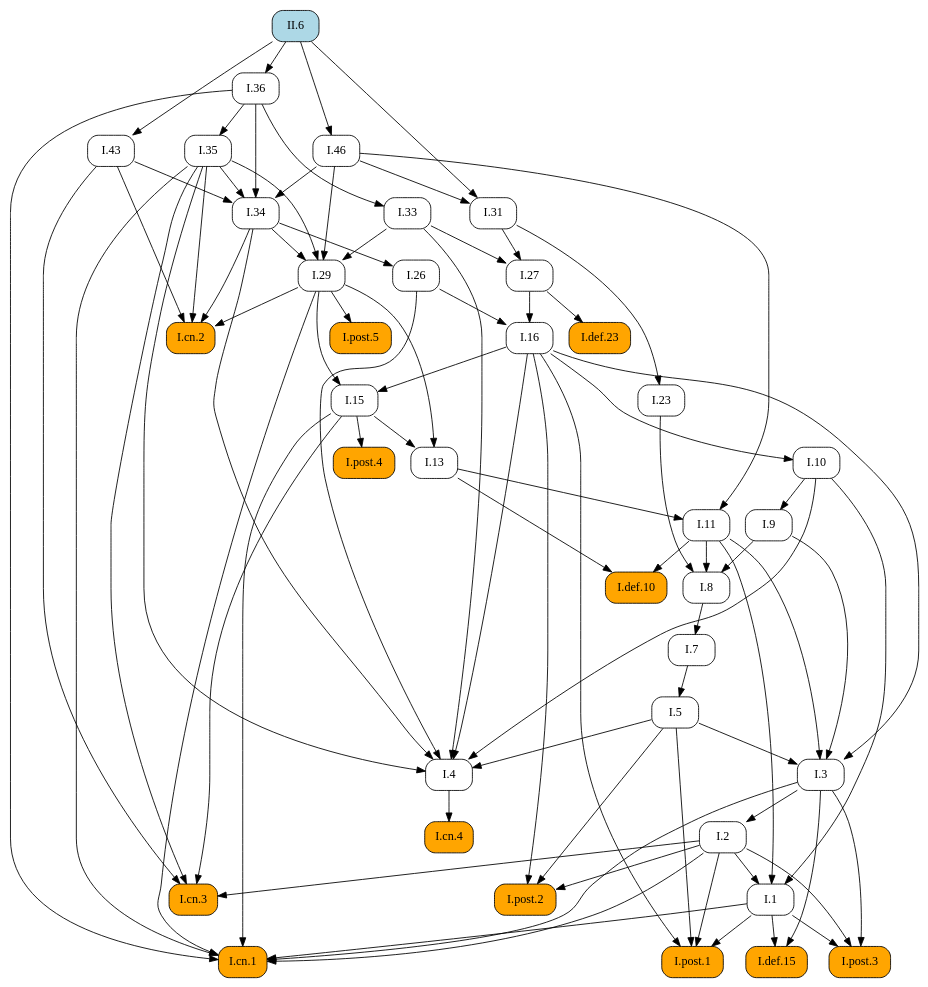
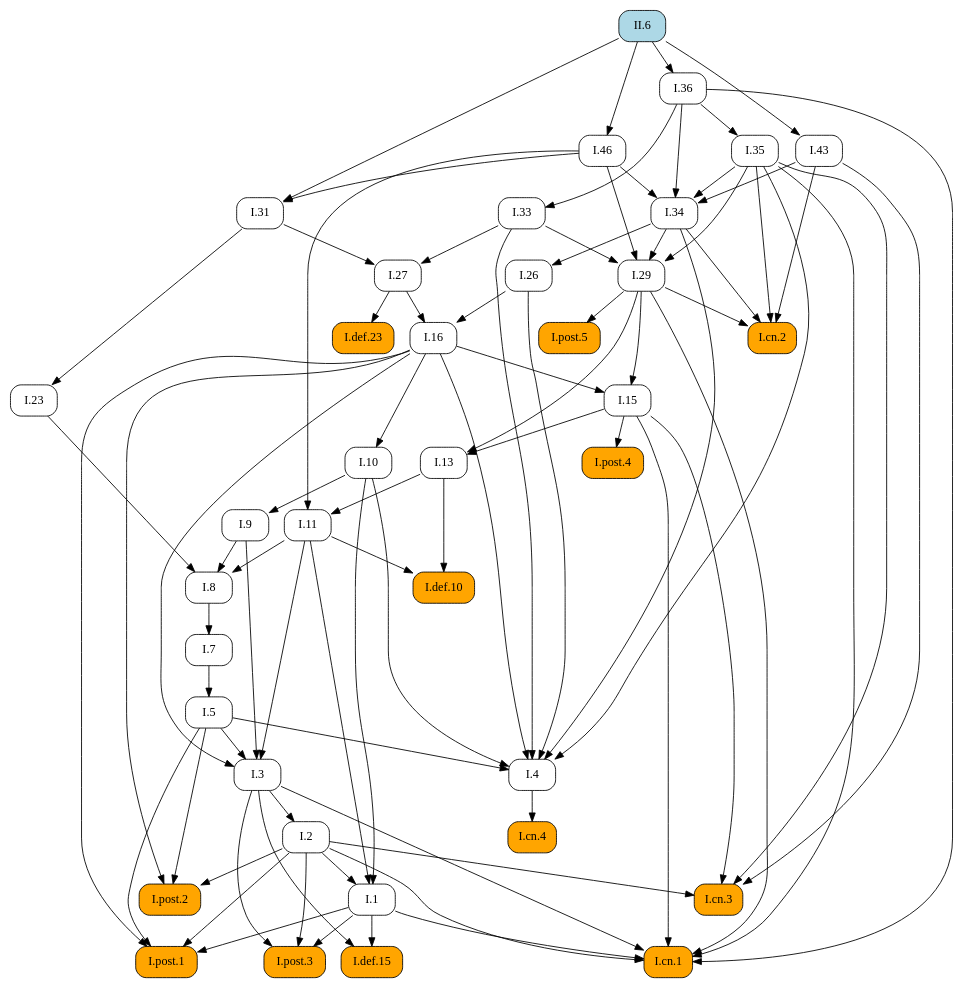
The diagram in docsrc/heath/II/6/index.rst (geometor/elements), drawn with Graphviz before and after one commit. The commit also changed other lines of this file and 484 other files, not shown here.

```diff
--- a/docsrc/heath/II/6/index.rst
+++ b/docsrc/heath/II/6/index.rst
@@ -80,88 +80,62 @@
    digraph {
      rankdir="TB";
      node [shape=box, style=rounded];
+     "I.23" [URL="/heath/I/23/", target="_top"];
+     "I.9" [URL="/heath/I/9/", target="_top"];
+     "I.33" [URL="/heath/I/33/", target="_top"];
+     "I.def.15" [style="rounded,filled", fillcolor=orange, URL="/heath/I/def.15/", target="_top"];
+     "II.6" [style="rounded,filled", fillcolor=lightblue, URL="/heath/II/6/", target="_top"];
+     "I.post.3" [style="rounded,filled", fillcolor=orange, URL="/heath/I/post.3/", target="_top"];
+     "I.post.1" [style="rounded,filled", fillcolor=orange, URL="/heath/I/post.1/", target="_top"];
+     "I.43" [URL="/heath/I/43/", target="_top"];
+     "I.31" [URL="/heath/I/31/", target="_top"];
      "I.def.10" [style="rounded,filled", fillcolor=orange, URL="/heath/I/def.10/", target="_top"];
-     "I.11" [URL="/heath/I/11/", target="_top"];
-     "I.post.4" [style="rounded,filled", fillcolor=orange, URL="/heath/I/post.4/", target="_top"];
-     "I.1" [URL="/heath/I/1/", target="_top"];
-     "I.26" [URL="/heath/I/26/", target="_top"];
-     "I.29" [URL="/heath/I/29/", target="_top"];
-     "I.cn.2" [style="rounded,filled", fillcolor=orange, URL="/heath/I/cn.2/", target="_top"];
-     "I.def.15" [style="rounded,filled", fillcolor=orange, URL="/heath/I/def.15/", target="_top"];
-     "I.post.3" [style="rounded,filled", fillcolor=orange, URL="/heath/I/post.3/", target="_top"];
-     "I.cn.1" [style="rounded,filled", fillcolor=orange, URL="/heath/I/cn.1/", target="_top"];
-     "I.cn.3" [style="rounded,filled", fillcolor=orange, URL="/heath/I/cn.3/", target="_top"];
-     "I.23" [URL="/heath/I/23/", target="_top"];
-     "I.43" [URL="/heath/I/43/", target="_top"];
-     "I.post.1" [style="rounded,filled", fillcolor=orange, URL="/heath/I/post.1/", target="_top"];
-     "I.35" [URL="/heath/I/35/", target="_top"];
-     "I.36" [URL="/heath/I/36/", target="_top"];
      "I.27" [URL="/heath/I/27/", target="_top"];
-     "I.46" [URL="/heath/I/46/", target="_top"];
-     "I.7" [URL="/heath/I/7/", target="_top"];
      "I.34" [URL="/heath/I/34/", target="_top"];
      "I.3" [URL="/heath/I/3/", target="_top"];
+     "I.35" [URL="/heath/I/35/", target="_top"];
+     "I.cn.1" [style="rounded,filled", fillcolor=orange, URL="/heath/I/cn.1/", target="_top"];
+     "I.7" [URL="/heath/I/7/", target="_top"];
      "I.2" [URL="/heath/I/2/", target="_top"];
+     "I.36" [URL="/heath/I/36/", target="_top"];
+     "I.13" [URL="/heath/I/13/", target="_top"];
+     "I.post.4" [style="rounded,filled", fillcolor=orange, URL="/heath/I/post.4/", target="_top"];
+     "I.4" [URL="/heath/I/4/", target="_top"];
+     "I.1" [URL="/heath/I/1/", target="_top"];
+     "I.5" [URL="/heath/I/5/", target="_top"];
+     "I.8" [URL="/heath/I/8/", target="_top"];
+     "I.29" [URL="/heath/I/29/", target="_top"];
+     "I.cn.3" [style="rounded,filled", fillcolor=orange, URL="/heath/I/cn.3/", target="_top"];
+     "I.16" [URL="/heath/I/16/", target="_top"];
+     "I.15" [URL="/heath/I/15/", target="_top"];
+     "I.10" [URL="/heath/I/10/", target="_top"];
+     "I.11" [URL="/heath/I/11/", target="_top"];
      "I.def.23" [style="rounded,filled", fillcolor=orange, URL="/heath/I/def.23/", target="_top"];
-     "I.4" [URL="/heath/I/4/", target="_top"];
-     "II.6" [style="rounded,filled", fillcolor=lightblue, URL="/heath/II/6/", target="_top"];
-     "I.13" [URL="/heath/I/13/", target="_top"];
-     "I.33" [URL="/heath/I/33/", target="_top"];
-     "I.31" [URL="/heath/I/31/", target="_top"];
+     "I.cn.2" [style="rounded,filled", fillcolor=orange, URL="/heath/I/cn.2/", target="_top"];
+     "I.post.5" [style="rounded,filled", fillcolor=orange, URL="/heath/I/post.5/", target="_top"];
+     "I.cn.4" [style="rounded,filled", fillcolor=orange, URL="/heath/I/cn.4/", target="_top"];
      "I.post.2" [style="rounded,filled", fillcolor=orange, URL="/heath/I/post.2/", target="_top"];
-     "I.16" [URL="/heath/I/16/", target="_top"];
-     "I.9" [URL="/heath/I/9/", target="_top"];
-     "I.8" [URL="/heath/I/8/", target="_top"];
-     "I.cn.4" [style="rounded,filled", fillcolor=orange, URL="/heath/I/cn.4/", target="_top"];
-     "I.15" [URL="/heath/I/15/", target="_top"];
-     "I.post.5" [style="rounded,filled", fillcolor=orange, URL="/heath/I/post.5/", target="_top"];
-     "I.10" [URL="/heath/I/10/", target="_top"];
-     "I.5" [URL="/heath/I/5/", target="_top"];
-     "I.11" -> "I.def.10";
-     "I.13" -> "I.def.10";
-     "I.13" -> "I.11";
-     "I.46" -> "I.11";
-     "I.15" -> "I.post.4";
-     "I.2" -> "I.1";
-     "I.10" -> "I.1";
-     "I.11" -> "I.1";
-     "I.34" -> "I.26";
-     "I.33" -> "I.29";
-     "I.34" -> "I.29";
-     "I.35" -> "I.29";
-     "I.46" -> "I.29";
-     "I.29" -> "I.cn.2";
-     "I.34" -> "I.cn.2";
-     "I.35" -> "I.cn.2";
-     "I.43" -> "I.cn.2";
+     "I.46" [URL="/heath/I/46/", target="_top"];
+     "I.26" [URL="/heath/I/26/", target="_top"];
+     "I.31" -> "I.23";
+     "I.10" -> "I.9";
+     "I.36" -> "I.33";
      "I.1" -> "I.def.15";
      "I.3" -> "I.def.15";
      "I.1" -> "I.post.3";
      "I.2" -> "I.post.3";
      "I.3" -> "I.post.3";
-     "I.1" -> "I.cn.1";
-     "I.2" -> "I.cn.1";
-     "I.3" -> "I.cn.1";
-     "I.15" -> "I.cn.1";
-     "I.29" -> "I.cn.1";
-     "I.35" -> "I.cn.1";
-     "I.36" -> "I.cn.1";
-     "I.2" -> "I.cn.3";
-     "I.15" -> "I.cn.3";
-     "I.35" -> "I.cn.3";
-     "I.43" -> "I.cn.3";
-     "I.31" -> "I.23";
-     "II.6" -> "I.43";
      "I.1" -> "I.post.1";
      "I.2" -> "I.post.1";
      "I.5" -> "I.post.1";
      "I.16" -> "I.post.1";
-     "I.36" -> "I.35";
-     "II.6" -> "I.36";
+     "II.6" -> "I.43";
+     "I.46" -> "I.31";
+     "II.6" -> "I.31";
+     "I.11" -> "I.def.10";
+     "I.13" -> "I.def.10";
      "I.31" -> "I.27";
      "I.33" -> "I.27";
-     "II.6" -> "I.46";
-     "I.8" -> "I.7";
      "I.35" -> "I.34";
      "I.36" -> "I.34";
      "I.43" -> "I.34";
@@ -170,8 +144,20 @@
      "I.9" -> "I.3";
      "I.11" -> "I.3";
      "I.16" -> "I.3";
+     "I.36" -> "I.35";
+     "I.1" -> "I.cn.1";
+     "I.2" -> "I.cn.1";
+     "I.3" -> "I.cn.1";
+     "I.15" -> "I.cn.1";
+     "I.29" -> "I.cn.1";
+     "I.35" -> "I.cn.1";
+     "I.36" -> "I.cn.1";
+     "I.8" -> "I.7";
      "I.3" -> "I.2";
-     "I.27" -> "I.def.23";
+     "II.6" -> "I.36";
+     "I.15" -> "I.13";
+     "I.29" -> "I.13";
+     "I.15" -> "I.post.4";
      "I.5" -> "I.4";
      "I.10" -> "I.4";
      "I.16" -> "I.4";
@@ -179,24 +165,38 @@
      "I.33" -> "I.4";
      "I.34" -> "I.4";
      "I.35" -> "I.4";
-     "I.15" -> "I.13";
-     "I.29" -> "I.13";
-     "I.36" -> "I.33";
-     "I.46" -> "I.31";
-     "II.6" -> "I.31";
+     "I.2" -> "I.1";
+     "I.10" -> "I.1";
+     "I.11" -> "I.1";
+     "I.7" -> "I.5";
+     "I.9" -> "I.8";
+     "I.11" -> "I.8";
+     "I.23" -> "I.8";
+     "I.33" -> "I.29";
+     "I.34" -> "I.29";
+     "I.35" -> "I.29";
+     "I.46" -> "I.29";
+     "I.2" -> "I.cn.3";
+     "I.15" -> "I.cn.3";
+     "I.35" -> "I.cn.3";
+     "I.43" -> "I.cn.3";
+     "I.26" -> "I.16";
+     "I.27" -> "I.16";
+     "I.16" -> "I.15";
+     "I.29" -> "I.15";
+     "I.16" -> "I.10";
+     "I.13" -> "I.11";
+     "I.46" -> "I.11";
+     "I.27" -> "I.def.23";
+     "I.29" -> "I.cn.2";
+     "I.34" -> "I.cn.2";
+     "I.35" -> "I.cn.2";
+     "I.43" -> "I.cn.2";
+     "I.29" -> "I.post.5";
+     "I.4" -> "I.cn.4";
      "I.2" -> "I.post.2";
      "I.5" -> "I.post.2";
      "I.16" -> "I.post.2";
-     "I.26" -> "I.16";
-     "I.27" -> "I.16";
-     "I.10" -> "I.9";
-     "I.9" -> "I.8";
-     "I.11" -> "I.8";
-     "I.23" -> "I.8";
-     "I.4" -> "I.cn.4";
-     "I.16" -> "I.15";
-     "I.29" -> "I.15";
-     "I.29" -> "I.post.5";
-     "I.16" -> "I.10";
-     "I.7" -> "I.5";
+     "II.6" -> "I.46";
+     "I.34" -> "I.26";
    }
```
